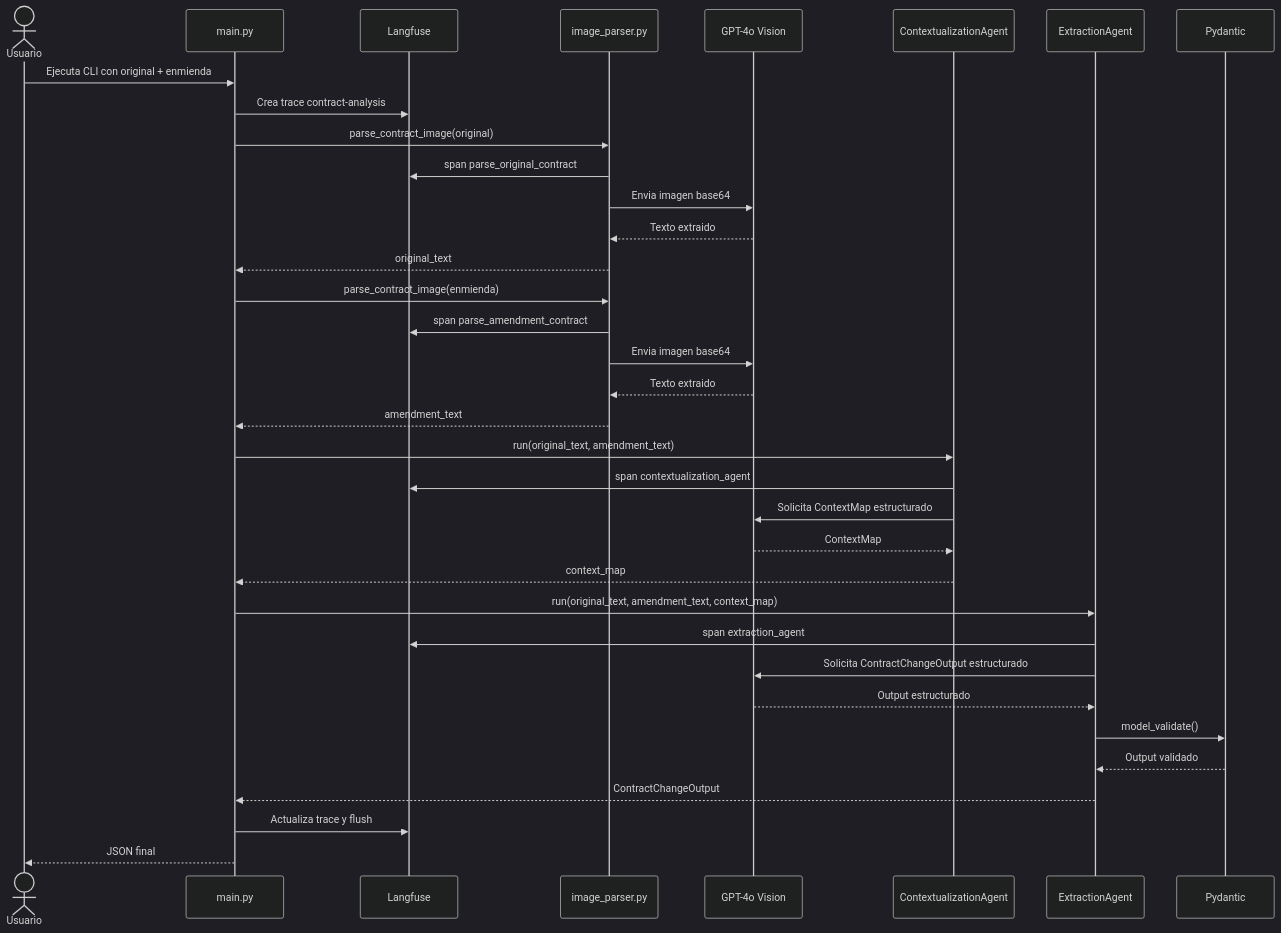
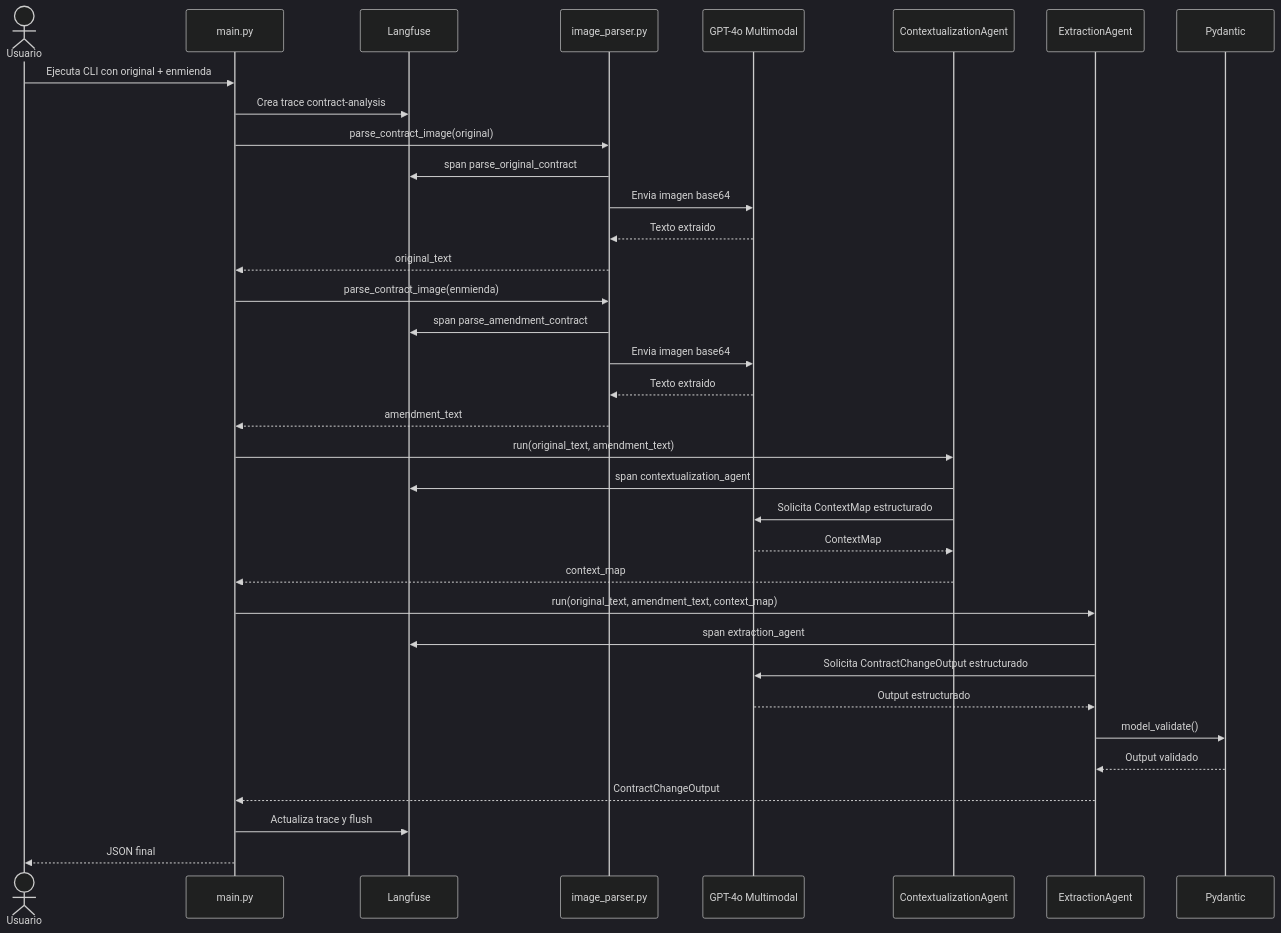
The second of 2 diagrams in README.md (oriasmauro/henry-aem4), drawn with Mermaid (dark theme) before and after one commit.

Commit message:
update diagrama

````diff
--- a/README.md
+++ b/README.md
@@ -66,43 +66,43 @@
 ```mermaid
 sequenceDiagram
     actor U as Usuario
     participant M as main.py
     participant L as Langfuse
     participant P as image_parser.py
-    participant O as GPT-4o Vision
+    participant O as GPT-4o Multimodal
     participant C as ContextualizationAgent
     participant E as ExtractionAgent
     participant V as Pydantic
 
     U->>M: Ejecuta CLI con original + enmienda
     M->>L: Crea trace contract-analysis
 
     M->>P: parse_contract_image(original)
     P->>L: span parse_original_contract
     P->>O: Envia imagen base64
     O-->>P: Texto extraido
     P-->>M: original_text
 
     M->>P: parse_contract_image(enmienda)
     P->>L: span parse_amendment_contract
     P->>O: Envia imagen base64
     O-->>P: Texto extraido
     P-->>M: amendment_text
 
     M->>C: run(original_text, amendment_text)
     C->>L: span contextualization_agent
     C->>O: Solicita ContextMap estructurado
     O-->>C: ContextMap
     C-->>M: context_map
 
     M->>E: run(original_text, amendment_text, context_map)
     E->>L: span extraction_agent
     E->>O: Solicita ContractChangeOutput estructurado
     O-->>E: Output estructurado
     E->>V: model_validate()
     V-->>E: Output validado
     E-->>M: ContractChangeOutput
 
     M->>L: Actualiza trace y flush
     M-->>U: JSON final
 ```
````
